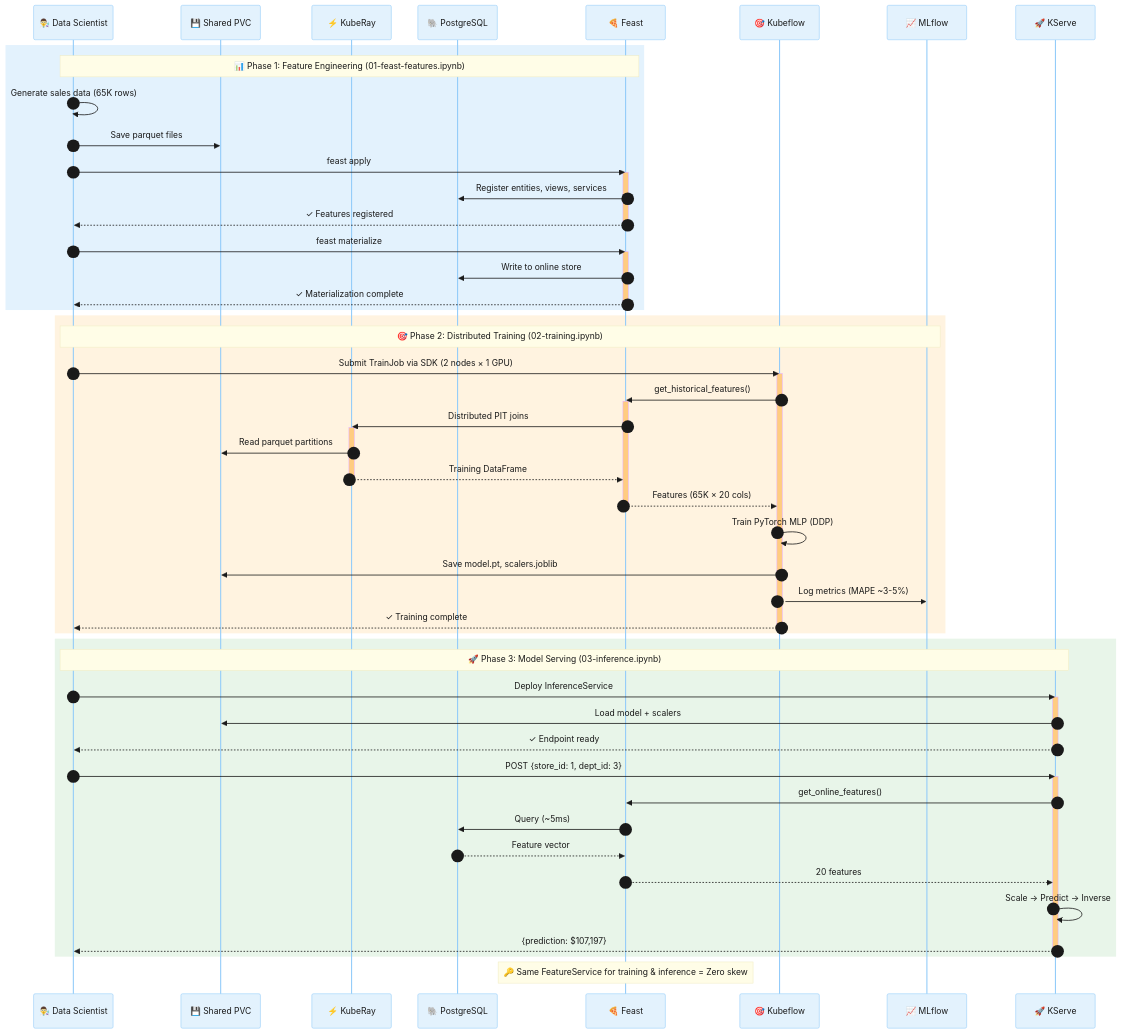
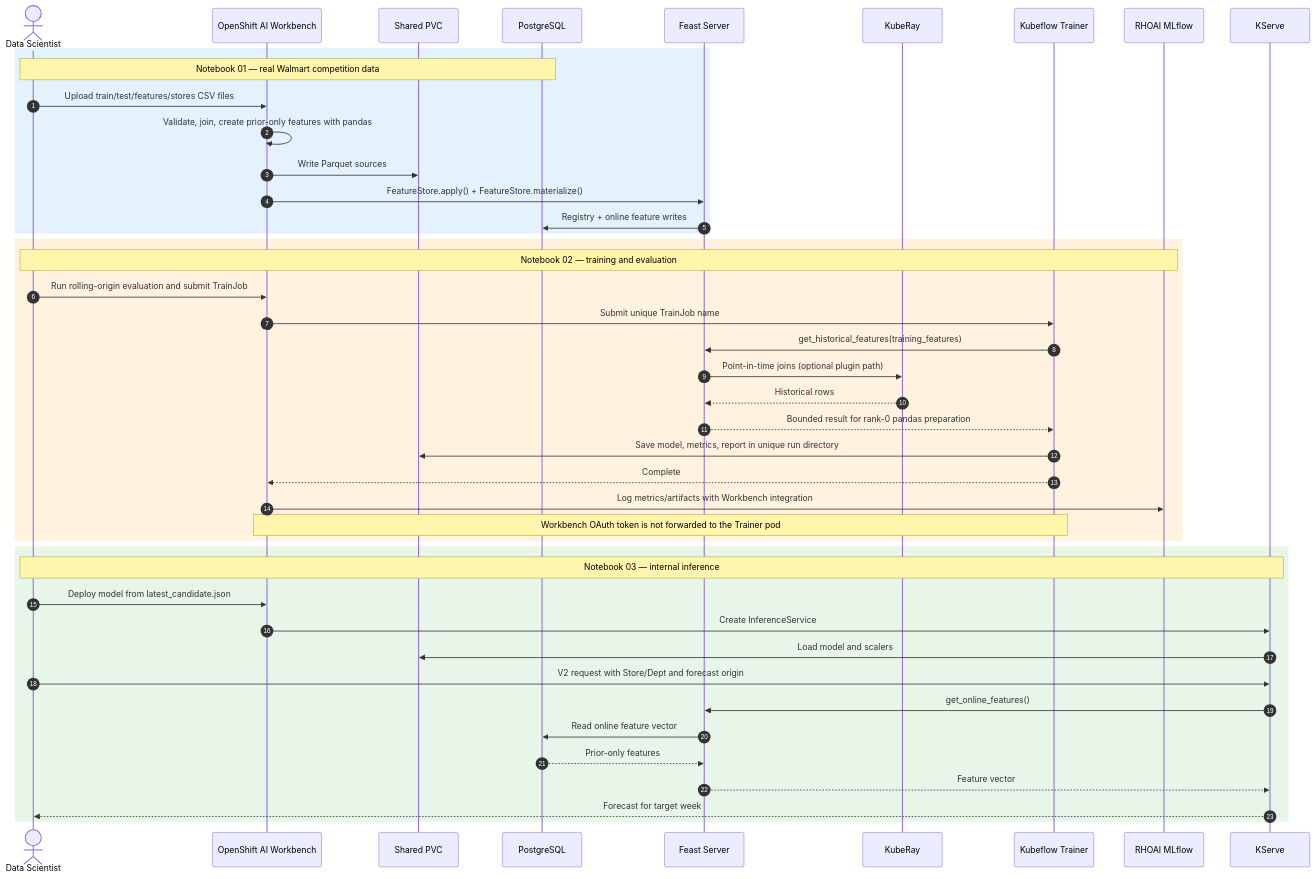
One commit to abhijeet-dhumal/sales-demand-forecasting changed the diagram in docs/sequence-diagram.mmd. Above: the diagram before and after it, drawn with Mermaid. The commit also changed 52 other files, not shown here.

Commit message:
feat: latest e2e demo on RHOAI-3.5

```diff
--- a/docs/sequence-diagram.mmd
+++ b/docs/sequence-diagram.mmd
@@ -1,97 +1,47 @@
-%%{init: {
-  'theme': 'base',
-  'themeVariables': {
-    'actorBkg': '#e3f2fd',
-    'actorTextColor': '#1a1a1a',
-    'actorBorder': '#90caf9',
-    'signalColor': '#1a1a1a',
-    'signalTextColor': '#1a1a1a',
-    'labelBoxBkgColor': '#e8eaf6',
-    'labelTextColor': '#1a1a1a',
-    'loopTextColor': '#1a1a1a',
-    'noteBkgColor': '#fffde7',
-    'noteTextColor': '#1a1a1a',
-    'activationBkgColor': '#ffcc80',
-    'sequenceNumberColor': '#1a1a1a'
-  }
-}}%%
-
 sequenceDiagram
     autonumber
+    actor DS as Data Scientist
+    participant WB as OpenShift AI Workbench
+    participant PVC as Shared PVC
+    participant PG as PostgreSQL
+    participant Feast as Feast Server
+    participant Ray as KubeRay
+    participant Trainer as Kubeflow Trainer
+    participant MLflow as RHOAI MLflow
+    participant KServe as KServe
 
-    participant DS as 👨‍🔬 Data Scientist
-    participant PVC as 💾 Shared PVC
-    participant Ray as ⚡ KubeRay
-    participant PG as 🐘 PostgreSQL
-    participant Feast as 🍕 Feast
-    participant KF as 🎯 Kubeflow
-    participant MLF as 📈 MLflow
-    participant KServe as 🚀 KServe
-
-    %% ==================== PHASE 1: FEATURE ENGINEERING ====================
     rect rgb(227, 242, 253)
-        Note over DS,Feast: 📊 Phase 1: Feature Engineering (01-feast-features.ipynb)
-        
-        DS->>DS: Generate sales data (65K rows)
-        DS->>PVC: Save parquet files
-        
-        DS->>Feast: feast apply
-        activate Feast
-        Feast->>PG: Register entities, views, services
-        Feast-->>DS: ✓ Features registered
-        deactivate Feast
-        
-        DS->>Feast: feast materialize
-        activate Feast
-        Feast->>PG: Write to online store
-        Feast-->>DS: ✓ Materialization complete
-        deactivate Feast
+        Note over DS,PG: Notebook 01 — real Walmart competition data
+        DS->>WB: Upload train/test/features/stores CSV files
+        WB->>WB: Validate, join, create prior-only features with pandas
+        WB->>PVC: Write Parquet sources
+        WB->>Feast: FeatureStore.apply() + FeatureStore.materialize()
+        Feast->>PG: Registry + online feature writes
     end
 
-    %% ==================== PHASE 2: MODEL TRAINING ====================
     rect rgb(255, 243, 224)
-        Note over DS,MLF: 🎯 Phase 2: Distributed Training (02-training.ipynb)
-        
-        DS->>KF: Submit TrainJob via SDK (2 nodes × 1 GPU)
-        activate KF
-        
-        KF->>Feast: get_historical_features()
-        activate Feast
-        Feast->>Ray: Distributed PIT joins
-        activate Ray
-        Ray->>PVC: Read parquet partitions
-        Ray-->>Feast: Training DataFrame
-        deactivate Ray
-        Feast-->>KF: Features (65K × 20 cols)
-        deactivate Feast
-        
-        KF->>KF: Train PyTorch MLP (DDP)
-        KF->>PVC: Save model.pt, scalers.joblib
-        KF->>MLF: Log metrics (MAPE ~3-5%)
-        
-        KF-->>DS: ✓ Training complete
-        deactivate KF
+        Note over DS,MLflow: Notebook 02 — training and evaluation
+        DS->>WB: Run rolling-origin evaluation and submit TrainJob
+        WB->>Trainer: Submit unique TrainJob name
+        Trainer->>Feast: get_historical_features(training_features)
+        Feast->>Ray: Point-in-time joins (optional plugin path)
+        Ray-->>Feast: Historical rows
+        Feast-->>Trainer: Bounded result for rank-0 pandas preparation
+        Trainer->>PVC: Save model, metrics, report in unique run directory
+        Trainer-->>WB: Complete
+        WB->>MLflow: Log metrics/artifacts with Workbench integration
+        Note over WB,Trainer: Workbench OAuth token is not forwarded to the Trainer pod
     end
 
-    %% ==================== PHASE 3: INFERENCE ====================
     rect rgb(232, 245, 233)
-        Note over DS,KServe: 🚀 Phase 3: Model Serving (03-inference.ipynb)
-        
-        DS->>KServe: Deploy InferenceService
-        activate KServe
-        KServe->>PVC: Load model + scalers
-        KServe-->>DS: ✓ Endpoint ready
-        deactivate KServe
-        
-        DS->>KServe: POST {store_id: 1, dept_id: 3}
-        activate KServe
+        Note over DS,KServe: Notebook 03 — internal inference
+        DS->>WB: Deploy model from latest_candidate.json
+        WB->>KServe: Create InferenceService
+        KServe->>PVC: Load model and scalers
+        DS->>KServe: V2 request with Store/Dept and forecast origin
         KServe->>Feast: get_online_features()
-        Feast->>PG: Query (~5ms)
-        PG-->>Feast: Feature vector
-        Feast-->>KServe: 20 features
-        KServe->>KServe: Scale → Predict → Inverse
-        KServe-->>DS: {prediction: $107,197}
-        deactivate KServe
+        Feast->>PG: Read online feature vector
+        PG-->>Feast: Prior-only features
+        Feast-->>KServe: Feature vector
+        KServe-->>DS: Forecast for target week
     end
-
-    Note over Feast: 🔑 Same FeatureService for training & inference = Zero skew
```
